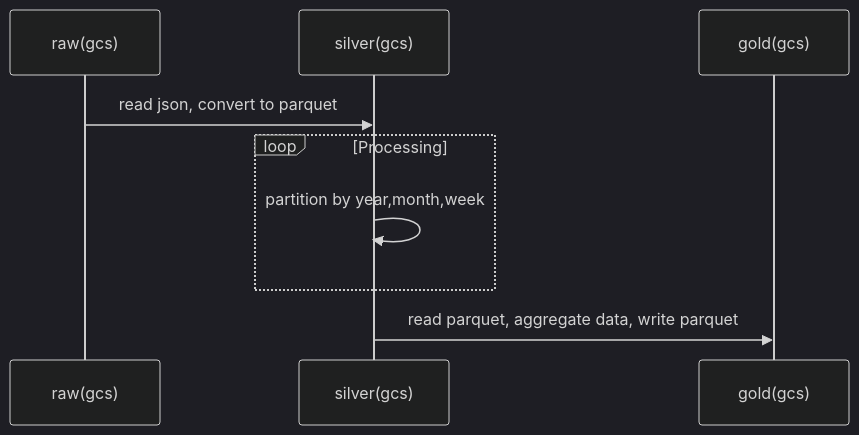
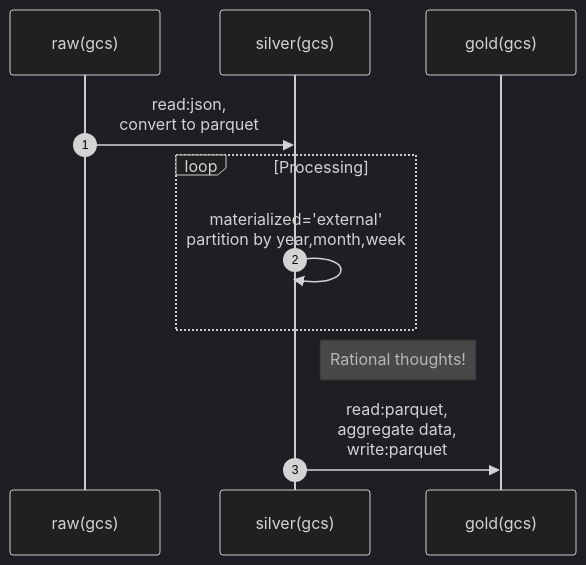
Before and after one commit to srikanthkote/trade_dbt_project: the diagram in README.md, drawn with Mermaid (dark theme).

````diff
--- a/README.md
+++ b/README.md
@@ -13,11 +13,14 @@
 ```mermaid
 sequenceDiagram
-    participant raw(gcs)
-    participant silver(gcs)
-    participant gold(gcs)
-    raw(gcs)->>silver(gcs): read json, convert to parquet
-    loop Processing
-        silver(gcs)->>silver(gcs): partition by year,month,week
-    end
-    silver(gcs)->>gold(gcs): read parquet, aggregate data, write parquet
+  participant Alice as raw(gcs)
+  participant John as silver(gcs)
+  participant Bob as gold(gcs)
+
+  autonumber
+  Alice ->> John: read:json, <br>convert to parquet
+  loop Processing
+    John ->> John: materialized='external' <br> partition by year,month,week
+  end
+  Note right of John: Rational thoughts!
+  John ->> Bob: read:parquet, <br>aggregate data, <br>write:parquet
 ```
````
